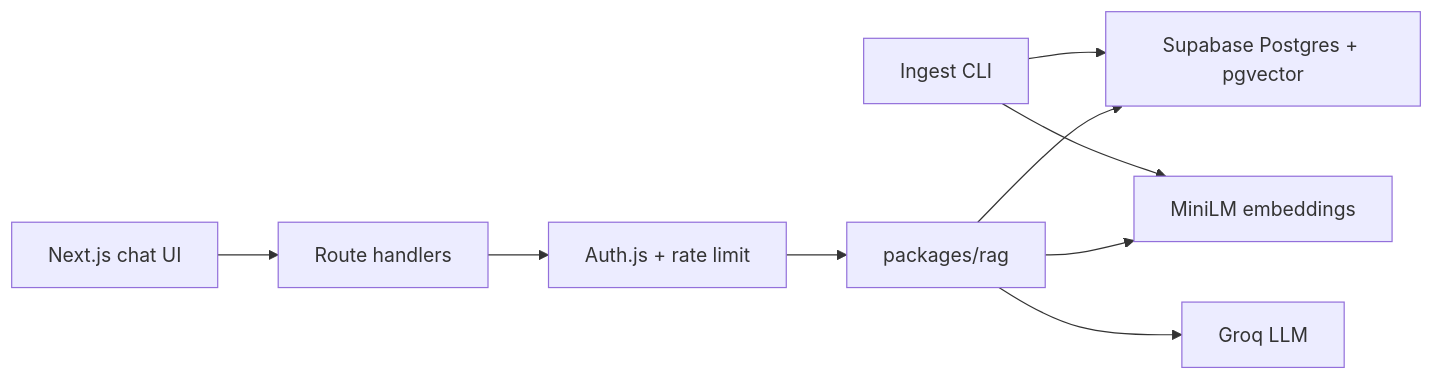
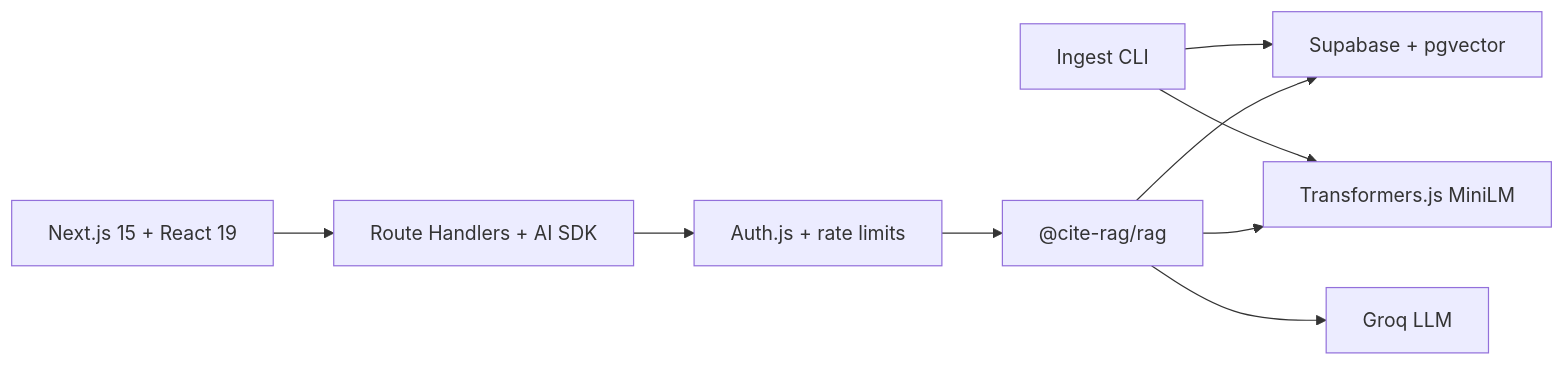
Before and after one commit to tanmays0/cite-rag: the diagram in README.md, drawn with Mermaid. The commit also changed other lines of this file, not shown here.

````diff
--- a/README.md
+++ b/README.md
@@ -18,20 +39,20 @@
 ```mermaid
 flowchart LR
-  Browser["Next.js chat UI"]
-  API["Route handlers"]
-  Auth["Auth.js + rate limit"]
-  RAG["packages/rag"]
-  DB["Supabase Postgres + pgvector"]
-  Embed["MiniLM embeddings"]
+  Browser["Next.js 15 + React 19"]
+  API["Route Handlers + AI SDK"]
+  Auth["Auth.js + rate limits"]
+  RAG["@cite-rag/rag"]
+  DB["Supabase + pgvector"]
+  Embed["Transformers.js MiniLM"]
   Groq["Groq LLM"]
   CLI["Ingest CLI"]
 
   Browser --> API
   API --> Auth
   Auth --> RAG
   RAG --> DB
   RAG --> Embed
   RAG --> Groq
   CLI --> Embed
   CLI --> DB
 ```
````
